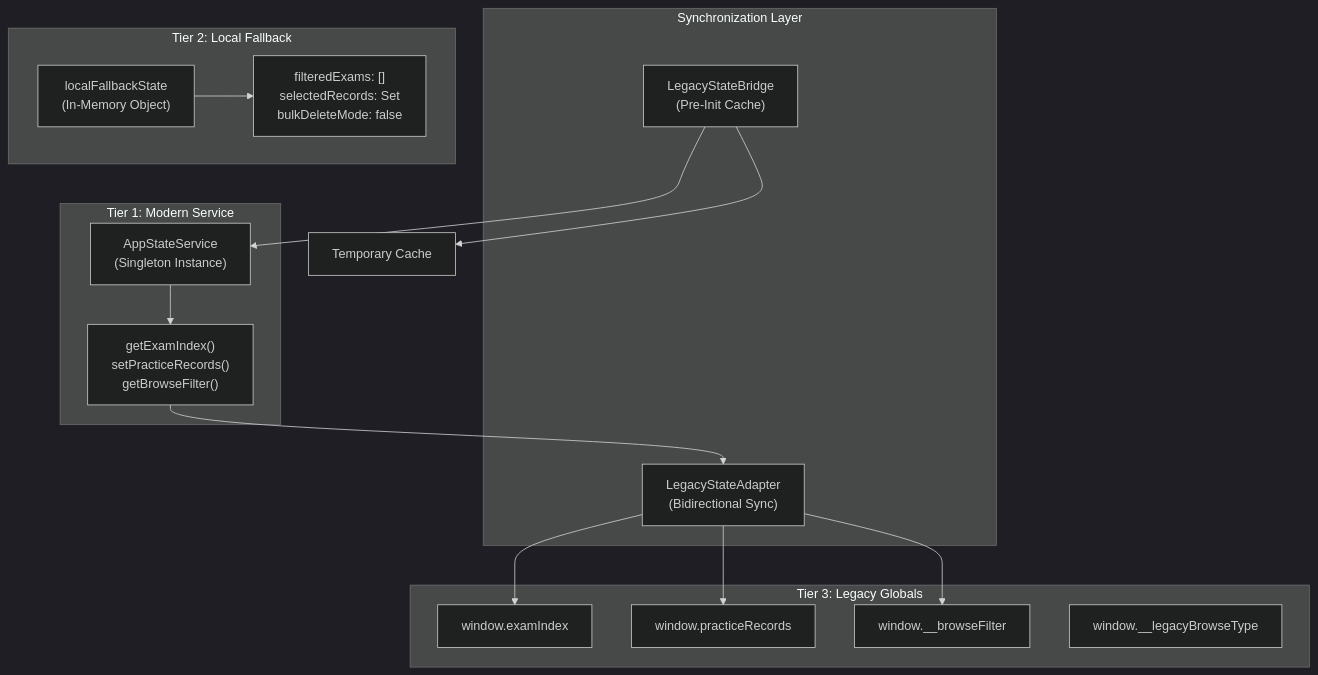
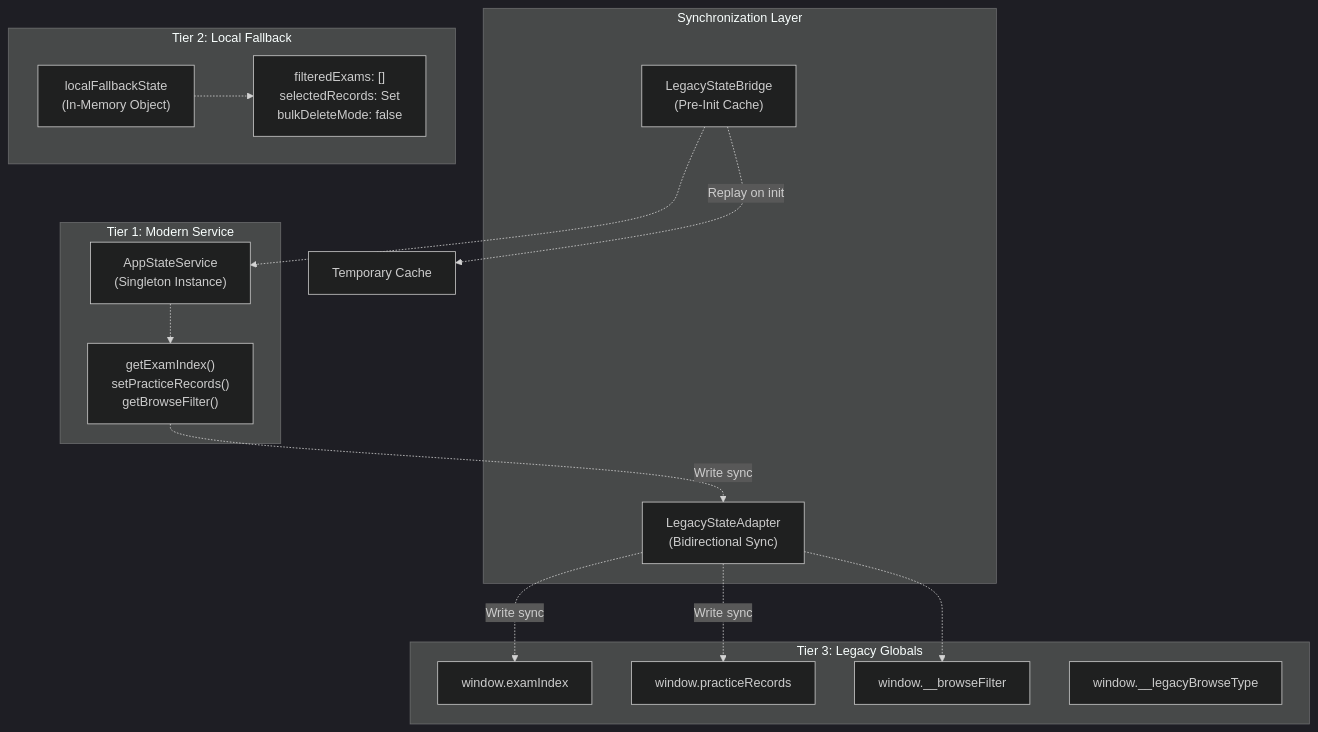
One commit to sallowayma-git/IELTS-practice changed the third of 7 diagrams in developer/doc/Wiki/ExamSystemApp-&-State-Management.md. Above: the diagram before and after it, drawn with Mermaid (dark theme). The commit also changed other lines of this file and 84 other files, not shown here.

````diff
--- a/developer/doc/Wiki/ExamSystemApp-&-State-Management.md
+++ b/developer/doc/Wiki/ExamSystemApp-&-State-Management.md
@@ -254,46 +259,46 @@
 ```mermaid
 flowchart TD
 
 LocalState["localFallbackState<br>(In-Memory Object)"]
 LocalProps["filteredExams: []<br>selectedRecords: Set<br>bulkDeleteMode: false"]
 AppStateService["AppStateService<br>(Singleton Instance)"]
 ServiceMethods["getExamIndex()<br>setPracticeRecords()<br>getBrowseFilter()"]
 WindowExamIndex["window.examIndex"]
 WindowPracticeRecords["window.practiceRecords"]
 WindowBrowseFilter["window.__browseFilter"]
 WindowLegacyType["window.__legacyBrowseType"]
 LegacyAdapter["LegacyStateAdapter<br>(Bidirectional Sync)"]
 StateBridge["LegacyStateBridge<br>(Pre-Init Cache)"]
 TempCache["Temporary Cache"]
 
-ServiceMethods --> LegacyAdapter
-LegacyAdapter --> WindowExamIndex
-LegacyAdapter --> WindowPracticeRecords
-LegacyAdapter --> WindowBrowseFilter
-StateBridge --> AppStateService
-StateBridge --> TempCache
+ServiceMethods -.->|"Write sync"| LegacyAdapter
+LegacyAdapter -.->|"Write sync"| WindowExamIndex
+LegacyAdapter -.->|"Write sync"| WindowPracticeRecords
+LegacyAdapter -.-> WindowBrowseFilter
+StateBridge -.-> AppStateService
+StateBridge -.->|"Replay on init"| TempCache
 
 subgraph subGraph3 ["Synchronization Layer"]
     LegacyAdapter
     StateBridge
 end
 
 subgraph subGraph2 ["Tier 3: Legacy Globals"]
     WindowExamIndex
     WindowPracticeRecords
     WindowBrowseFilter
     WindowLegacyType
 end
 
 subgraph subGraph0 ["Tier 1: Modern Service"]
     AppStateService
     ServiceMethods
-    AppStateService --> ServiceMethods
+    AppStateService -.-> ServiceMethods
 end
 
 subgraph subGraph1 ["Tier 2: Local Fallback"]
     LocalState
     LocalProps
-    LocalState --> LocalProps
+    LocalState -.-> LocalProps
 end
 ```
````
